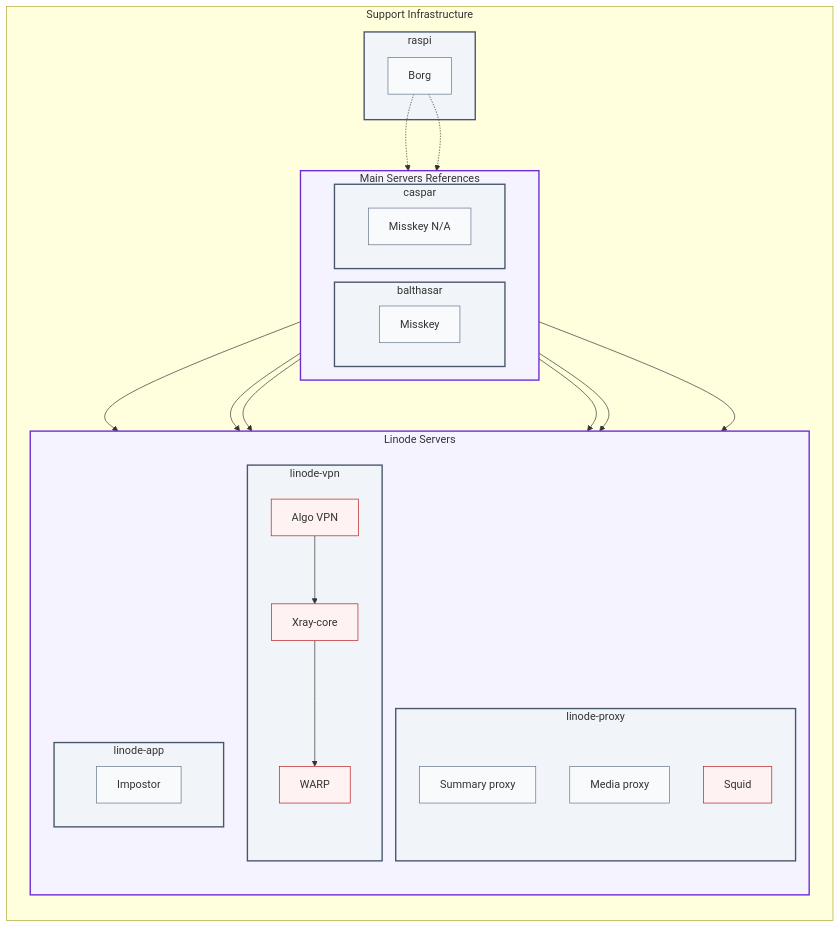
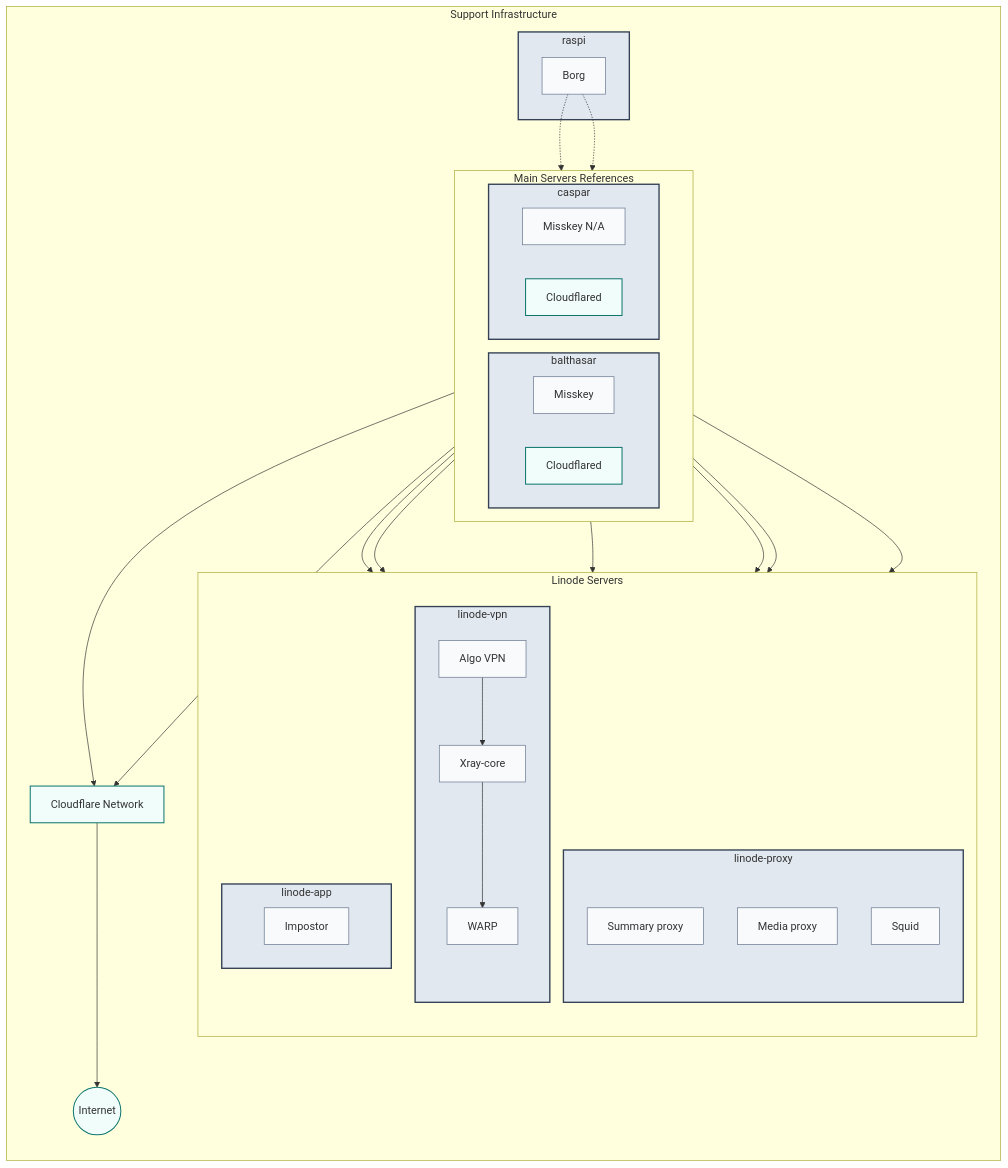
Before and after one commit to yamisskey-dev/hosted-list: the second of 2 diagrams in README.md, drawn with Mermaid. The commit also changed other lines of this file, not shown here.

````diff
--- a/README.md
+++ b/README.md
@@ -97,68 +110,78 @@
 ```mermaid
 graph TB
-%% Style definitions
-classDef homeServer fill:#f1f5f9,stroke:#475569,stroke-width:2px
+%% Style definitions - メインサーバー図と同じ定義
+classDef homeServer fill:#e2e8f0,stroke:#334155,stroke-width:2px
 classDef service fill:#f8fafc,stroke:#64748b,stroke-width:1px
-classDef monitoring fill:#ecfdf5,stroke:#047857,stroke-width:1px
-classDef security fill:#fef2f2,stroke:#b91c1c,stroke-width:1px
-classDef network fill:#f5f3ff,stroke:#6d28d9,stroke-width:2px
-classDef common fill:#fffbeb,stroke:#d97706,stroke-width:1px,font-style:italic
+classDef monitoring fill:#d1fae5,stroke:#047857,stroke-width:1px
+classDef security fill:#fee2e2,stroke:#991b1b,stroke-width:1px
+classDef common fill:#fef3c7,stroke:#b45309,stroke-width:1px,font-style:italic
+classDef cloudflare fill:#f0fdfa,stroke:#0f766e,stroke-width:1.5px
 
 %% Support Infrastructure with connections to main servers
 subgraph support[Support Infrastructure]
     direction TB
     
     subgraph linode[Linode Servers]
         direction TB
         
         subgraph vpn[linode-vpn]
             algo[Algo VPN]:::security
             xray[Xray-core]:::security
             warp[WARP]:::security
         end
         
         subgraph proxy[linode-proxy]
             summaryproxy[Summary proxy]:::service
             mediaproxy[Media proxy]:::service
             squid[Squid]:::security
         end
         
         subgraph app_server[linode-app]
             impostor[Impostor]:::service
         end
     end
     
     %% Borg backup server
     subgraph raspi[raspi]
         borgbackup[Borg]:::service
     end
     
     %% Main server references with their social services
     subgraph main_servers[Main Servers References]
         direction LR
         
         subgraph balthasar[balthasar]
             yamisskey[Misskey]:::service
+            cloudflared_b[Cloudflared]:::cloudflare
         end
         
         subgraph caspar[caspar]
             nayamisskey[Misskey N/A]:::service
+            cloudflared_c[Cloudflared]:::cloudflare
         end
     end
+    
+    %% Cloudflare and Internet
+    cloudflare_network[Cloudflare Network]:::cloudflare
+    internet((Internet)):::cloudflare
 end
 
 %% Connections to proxies
 yamisskey --> summaryproxy & mediaproxy
 nayamisskey --> summaryproxy & mediaproxy
 
 %% VPN traffic flow
 balthasar & caspar --> algo --> xray --> warp
 
 %% Backup connections
-borgbackup -.-> balthasar:::connection
-borgbackup -.-> caspar:::connection
+borgbackup -.-> balthasar
+borgbackup -.-> caspar
+
+%% Cloudflare connections
+cloudflared_b & cloudflared_c --> cloudflare_network --> internet
 
 %% Apply styles
 class balthasar,caspar,vpn,proxy,app_server,raspi homeServer
-class linode,main_servers network
+class yamisskey,nayamisskey,algo,xray,warp,summaryproxy,mediaproxy,squid,impostor,borgbackup service
+class cloudflared_b,cloudflared_c,cloudflare_network cloudflare
 ```
````
